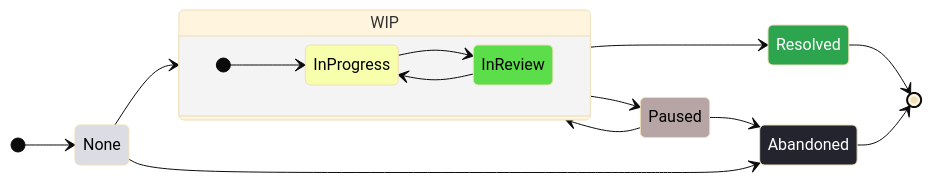
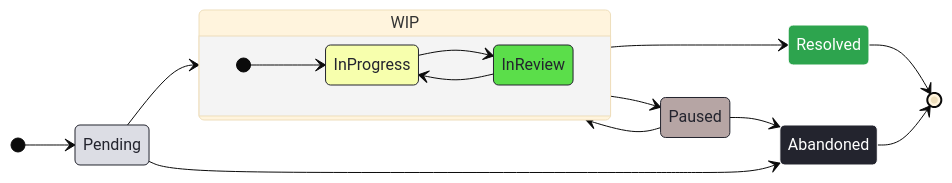
Before and after one commit to L483/test: the diagram in CONTRIBUTING.md, drawn with Mermaid (base theme). The commit also changed other lines of this file, not shown here.

````diff
--- a/CONTRIBUTING.md
+++ b/CONTRIBUTING.md
@@ -41,34 +43,34 @@
 ```mermaid
     stateDiagram
     direction LR
 
-    classDef none fill:#DCDDE4,color:black
-    classDef inProgress fill:#F7FFAD,color:black
-    classDef inReview fill:#5BDE4A,color:black
-    classDef resolved fill:#2DA44E,color:white
-    classDef paused fill:#B6A5A4,color:black
-    classDef abandoned fill:#23242E,color:white
+    classDef pending fill:#DCDDE4,color:#23242E,stroke:#23242E
+    classDef inProgress fill:#F7FFAD,color:#23242E,stroke:#23242E
+    classDef inReview fill:#5BDE4A,color:#23242E,stroke:#23242E
+    classDef resolved fill:#2DA44E,color:white,stroke:white
+    classDef paused fill:#B6A5A4,color:#23242E,stroke:#23242E
+    classDef abandoned fill:#23242E,color:white,stroke:white
 
-    [*]-->None
-    None-->WIP
+    [*]-->Pending
+    Pending-->WIP
     state WIP {
       direction LR
       [*]-->InProgress
       InProgress-->InReview
       InReview-->InProgress
     }
     WIP-->Paused
     Paused-->WIP
     WIP-->Resolved
     Resolved-->[*]
     Paused-->Abandoned
-    None-->Abandoned
+    Pending-->Abandoned
     Abandoned-->[*]
 
-    class None none
+    class Pending pending
     class InProgress inProgress
     class InReview inReview
     class Resolved resolved
     class Paused paused
     class Abandoned abandoned
 ```
````
